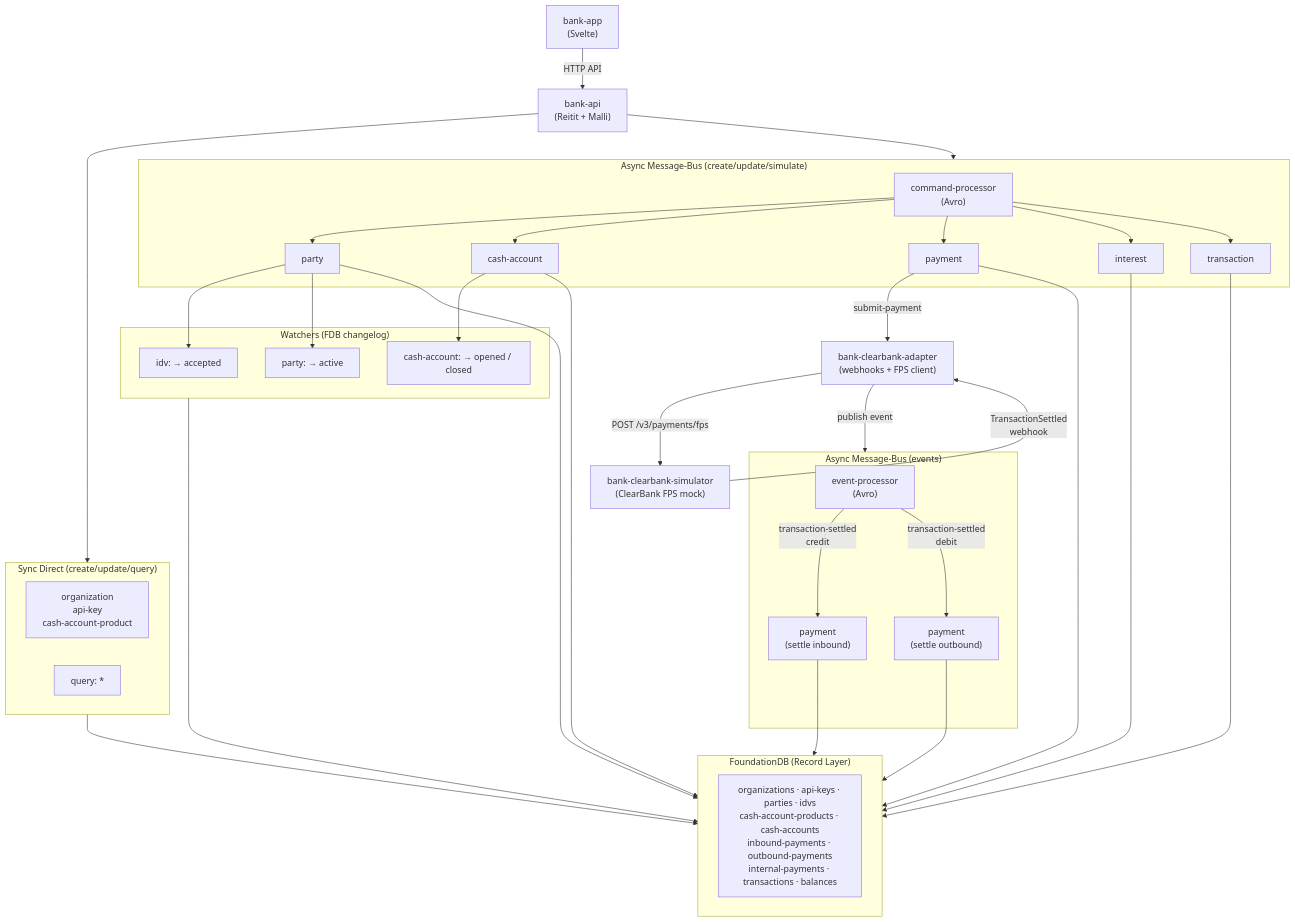
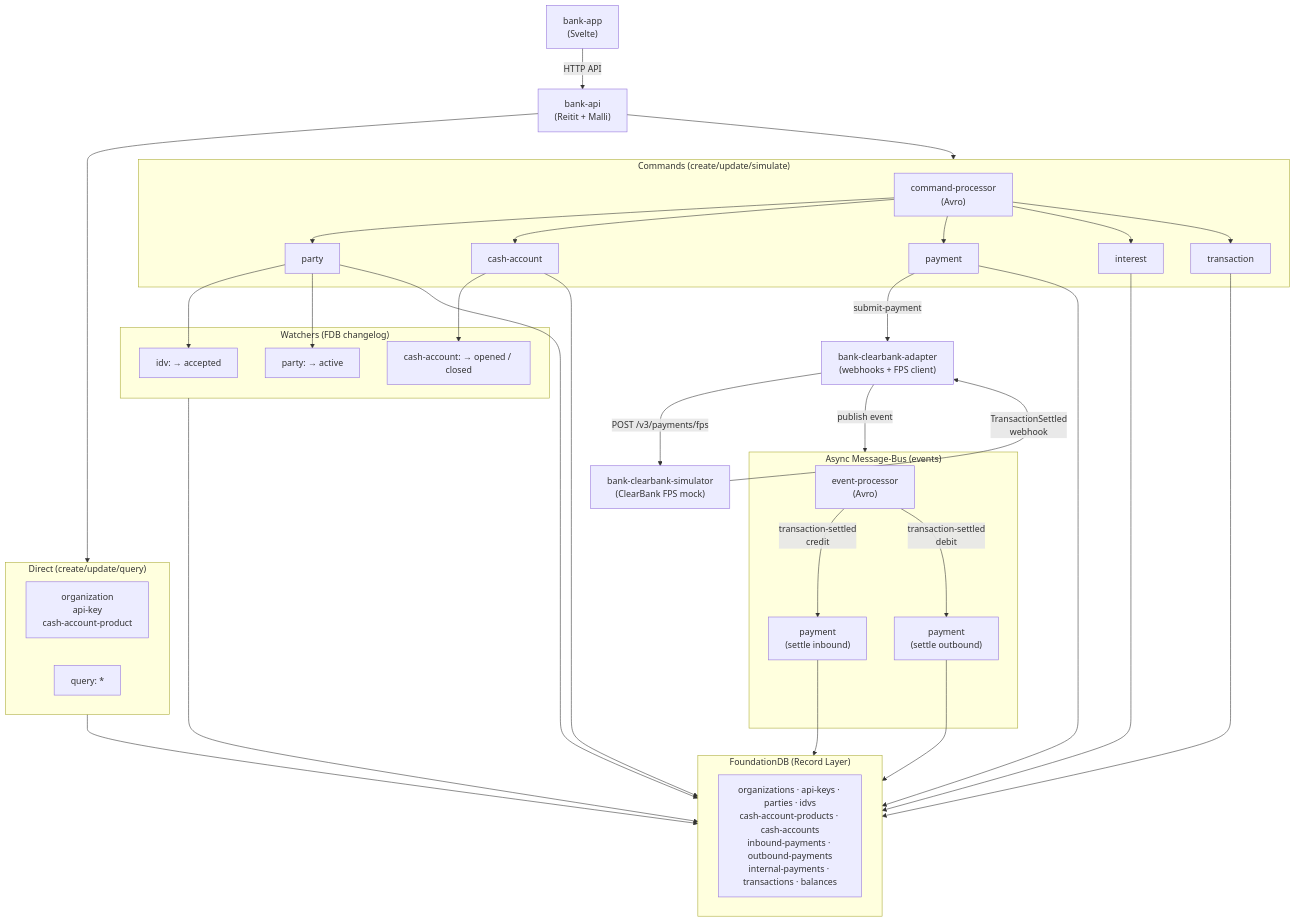
Before and after one commit to kjothen/queenswood: the diagram in readme.md, drawn with Mermaid. The commit also changed other lines of this file, not shown here.

Commit message:
Rename Sync path to Direct path, Async path to Commands path

````diff
--- a/readme.md
+++ b/readme.md
@@ -25,60 +25,60 @@
 ```mermaid
 graph TD
     APP["bank-app<br/>(Svelte)"]
     API["bank-api<br/>(Reitit + Malli)"]
     SIM["bank-clearbank-simulator<br/>(ClearBank FPS mock)"]
     ADAPTER["bank-clearbank-adapter<br/>(webhooks + FPS client)"]
     APP -->|HTTP API| API
 
-    subgraph sync ["Sync Direct (create/update/query)"]
+    subgraph sync ["Direct (create/update/query)"]
         SYNC_CU["organization<br/>api-key<br/>cash-account-product"]
         SYNC_Q["query: *"]
     end
 
-    subgraph async ["Async Message-Bus (create/update/simulate)"]
+    subgraph async ["Commands (create/update/simulate)"]
         CP["command-processor<br/>(Avro)"]
         CP --> PARTY[party]
         CP --> CASH[cash-account]
         CP --> PAY[payment]
         CP --> INT[interest]
         CP --> TXN[transaction]
     end
 
     subgraph events ["Async Message-Bus (events)"]
         EP["event-processor<br/>(Avro)"]
         EP -->|transaction-settled<br/>credit| PAY_IN["payment<br/>(settle inbound)"]
         EP -->|transaction-settled<br/>debit| PAY_OUT["payment<br/>(settle outbound)"]
     end
 
     API --> sync
     API --> async
 
     PAY -->|submit-payment| ADAPTER
     ADAPTER -->|POST /v3/payments/fps| SIM
     SIM -->|TransactionSettled<br/>webhook| ADAPTER
     ADAPTER -->|publish event| events
 
     subgraph watchers ["Watchers (FDB changelog)"]
         W1["idv: → accepted"]
         W2["party: → active"]
         W3["cash-account: → opened / closed"]
     end
 
     PARTY --> W1
     PARTY --> W2
     CASH --> W3
 
     subgraph fdb ["FoundationDB (Record Layer)"]
         STORES["organizations · api-keys · parties · idvs<br/>cash-account-products · cash-accounts<br/>inbound-payments · outbound-payments<br/>internal-payments · transactions · balances"]
     end
 
     sync --> fdb
     watchers --> fdb
     PARTY --> fdb
     CASH --> fdb
     PAY --> fdb
     PAY_IN --> fdb
     PAY_OUT --> fdb
     INT --> fdb
     TXN --> fdb
 ```
````
